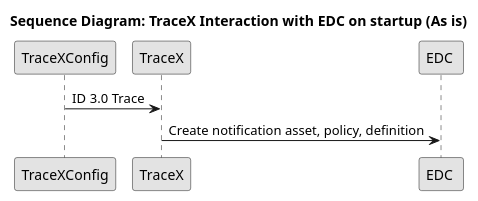
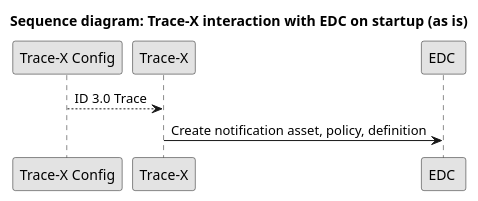
One commit to eclipse-tractusx/traceability-foss changed the second of 4 diagrams in docs/src/uml-diagrams/arc42/runtime-view/policies/policy-startup-configuration.puml. Above: the diagram before and after it, drawn with PlantUML. The commit also changed other lines of this file and 4 other files, not shown here.

```diff
--- a/docs/src/uml-diagrams/arc42/runtime-view/policies/policy-startup-configuration.puml
+++ b/docs/src/uml-diagrams/arc42/runtime-view/policies/policy-startup-configuration.puml
@@ -20,12 +28,12 @@
 @startuml
 skinparam monochrome true
 skinparam shadowing false
 skinparam defaultFontName "Architects daughter"
 
-title Sequence Diagram: TraceX Interaction with EDC on startup (As is)
-participant "TraceXConfig" as Config
-participant "TraceX" as TraceX
+title Sequence diagram: Trace-X interaction with EDC on startup (as is)
+participant "Trace-X Config" as Config
+participant "Trace-X" as TraceX
 participant "EDC " as EDC
-Config -> TraceX : ID 3.0 Trace
-TraceX -> EDC : Create notification asset, policy, definition
+Config --> TraceX: ID 3.0 Trace
+TraceX -> EDC: Create notification asset, policy, definition
 @enduml
```
